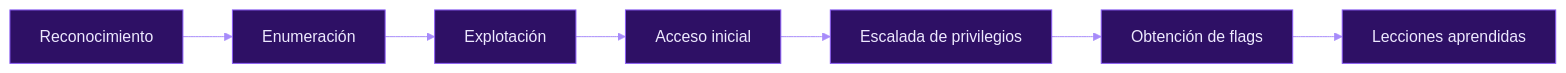
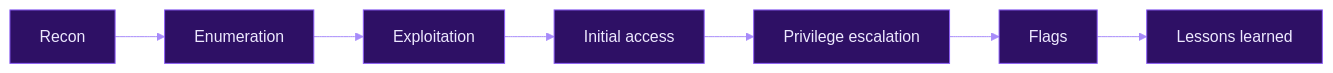
Before and after one commit to phanesopenyoureyes/hacking-journey: the diagram in README.md, drawn with Mermaid. The commit also changed other lines of this file and 59 other files, not shown here.

````diff
--- a/README.md
+++ b/README.md
@@ -30,10 +32,10 @@
 ```mermaid
 %%{init: {'theme':'base','themeVariables':{'primaryColor':'#2e1065','primaryTextColor':'#ede9fe','primaryBorderColor':'#8b5cf6','lineColor':'#a78bfa','secondaryColor':'#1a1033','tertiaryColor':'#0d0b1a','fontFamily':'ui-sans-serif,system-ui'}}}%%
 flowchart LR
-    A[Reconocimiento] --> B[Enumeración]
-    B --> C[Explotación]
-    C --> D[Acceso inicial]
-    D --> E[Escalada de privilegios]
-    E --> F[Obtención de flags]
-    F --> G[Lecciones aprendidas]
+    A[Recon] --> B[Enumeration]
+    B --> C[Exploitation]
+    C --> D[Initial access]
+    D --> E[Privilege escalation]
+    E --> F[Flags]
+    F --> G[Lessons learned]
 ```
````
